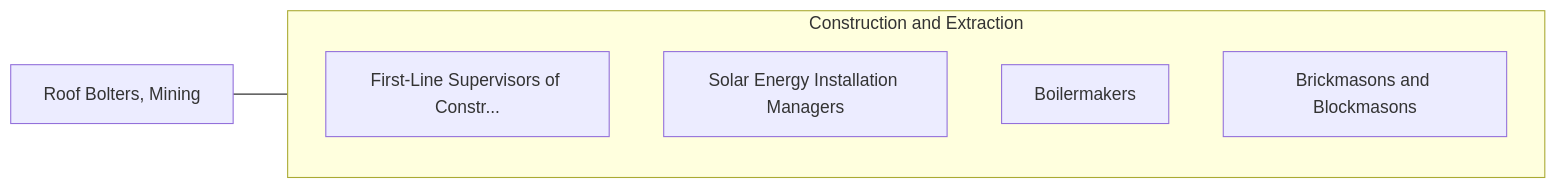
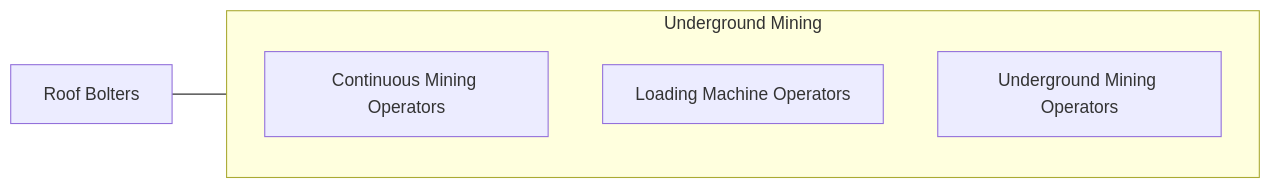
Before and after one commit to kziemski/business.org.ai: the fourth of 4 diagrams in occupations/Construction/RoofBoltersMining.mdx, drawn with Mermaid. The commit also changed other lines of this file and 938 other files, not shown here.

````diff
--- a/occupations/Construction/RoofBoltersMining.mdx
+++ b/occupations/Construction/RoofBoltersMining.mdx
@@ -112,13 +140,10 @@
 ```mermaid
 graph LR
-    Current["Roof Bolters, Mining"]
-
-    subgraph SameCategory["Construction and Extraction"]
-        FirstLineSupervisors["First-Line Supervisors of Constr..."]
-        SolarEnergyInstallat["Solar Energy Installation Managers"]
-        Boilermakers["Boilermakers"]
-        BrickmasonsAndBlockm["Brickmasons and Blockmasons"]
+    Current["Roof Bolters"]
+    subgraph Same["Underground Mining"]
+        Continuous["Continuous Mining Operators"]
+        Loading["Loading Machine Operators"]
+        Underground["Underground Mining Operators"]
     end
-
-    Current --- SameCategory
+    Current --- Same
 ```
````
